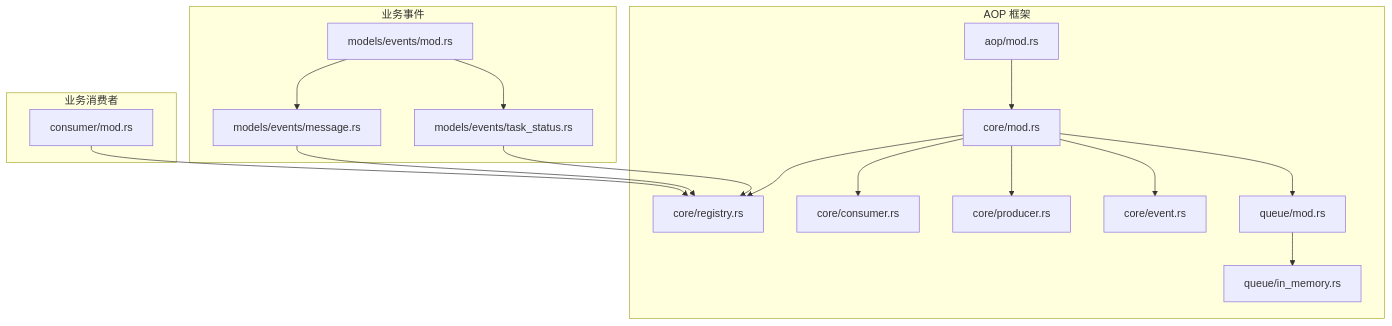
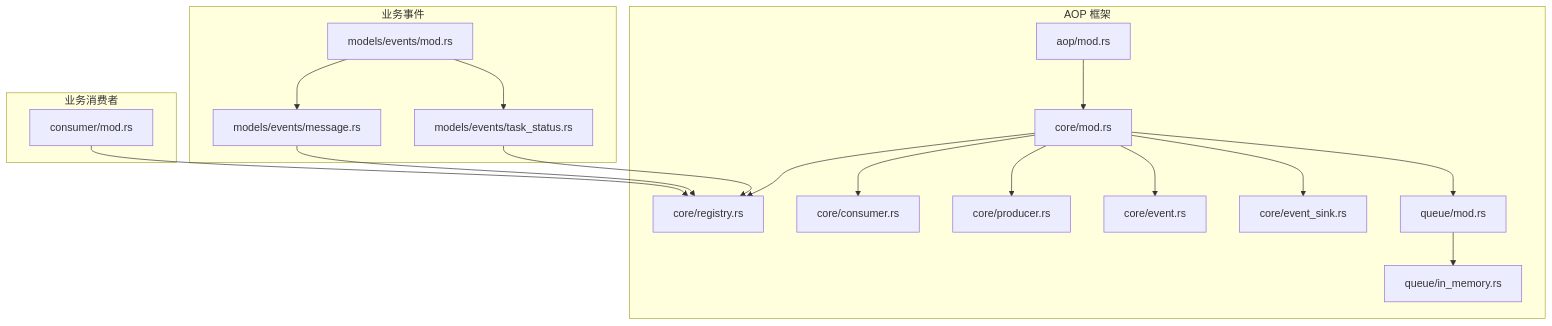
One commit to runningcoders/ai_orz changed the first of 3 diagrams in docs/wiki/zh/content/基础设施/AOP 事件系统/AOP 核心架构/AOP 核心架构.md. Above: the diagram before and after it, drawn with Mermaid. The commit also changed other lines of this file and 37 other files, not shown here.

````diff
--- a/docs/wiki/zh/content/基础设施/AOP 事件系统/AOP 核心架构/AOP 核心架构.md
+++ b/docs/wiki/zh/content/基础设施/AOP 事件系统/AOP 核心架构/AOP 核心架构.md
@@ -42,33 +53,35 @@
 ```mermaid
 graph TB
 subgraph "AOP 框架"
 MOD["aop/mod.rs"]
 CORE_MOD["core/mod.rs"]
 REGISTRY["core/registry.rs"]
 CONSUMER_IF["core/consumer.rs"]
 PRODUCER_IF["core/producer.rs"]
 EVENT_IF["core/event.rs"]
+SINK["core/event_sink.rs"]
 QUEUE_IF["queue/mod.rs"]
 QUEUE_IMPL["queue/in_memory.rs"]
 end
 subgraph "业务事件"
 EVENTS_MOD["models/events/mod.rs"]
 MSG_EVT["models/events/message.rs"]
 TASK_EVT["models/events/task_status.rs"]
 end
 subgraph "业务消费者"
 CONSUMER_INIT["consumer/mod.rs"]
 end
 MOD --> CORE_MOD
 CORE_MOD --> REGISTRY
 CORE_MOD --> CONSUMER_IF
 CORE_MOD --> PRODUCER_IF
 CORE_MOD --> EVENT_IF
+CORE_MOD --> SINK
 CORE_MOD --> QUEUE_IF
 QUEUE_IF --> QUEUE_IMPL
 EVENTS_MOD --> MSG_EVT
 EVENTS_MOD --> TASK_EVT
 CONSUMER_INIT --> REGISTRY
 MSG_EVT --> REGISTRY
 TASK_EVT --> REGISTRY
 ```
````
